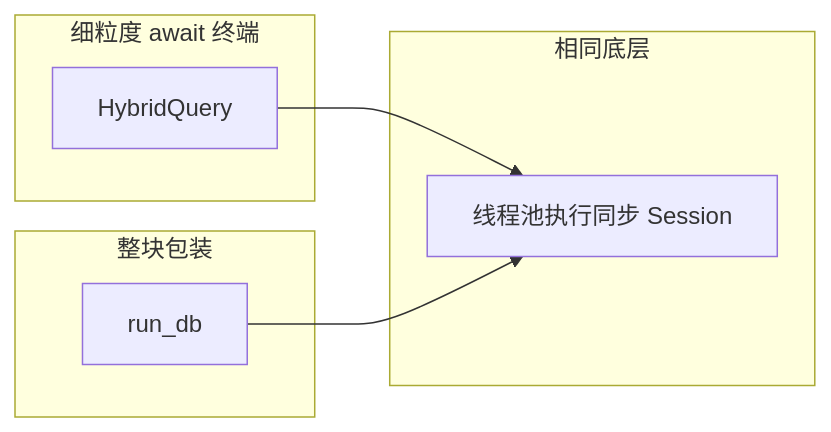
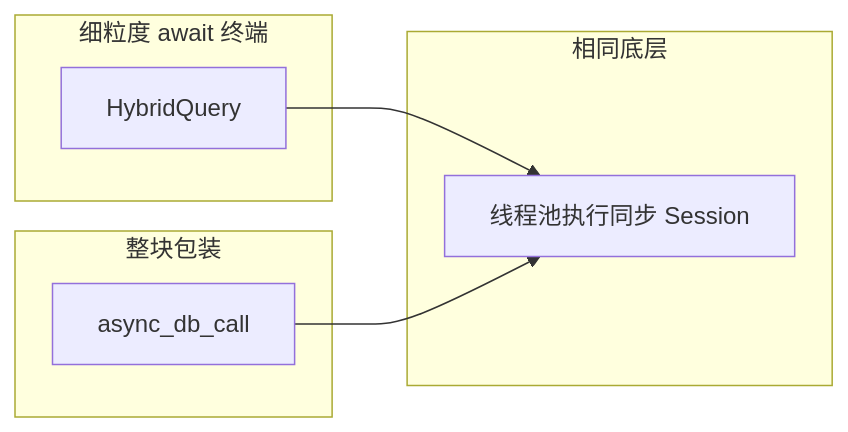
The sixth of 8 diagrams in yweb-core/docs/orm_docs/22_hybrid_query_sync_async_refactor.md (yafo-ai/yweb-core), drawn with Mermaid before and after one commit. The commit also changed other lines of this file and 11 other files, not shown here.

First line of the commit message:
docs: 全局同步 run_db → async_db_call 改名到文档与规则/技能

````diff
--- a/yweb-core/docs/orm_docs/22_hybrid_query_sync_async_refactor.md
+++ b/yweb-core/docs/orm_docs/22_hybrid_query_sync_async_refactor.md
@@ -155,14 +161,14 @@
 ```mermaid
 flowchart LR
     subgraph granular [细粒度 await 终端]
         HQ[HybridQuery]
     end
     subgraph block [整块包装]
-        RD[run_db]
+        RD[async_db_call]
     end
     subgraph same [相同底层]
         TP[线程池执行同步 Session]
     end
     HQ --> TP
     RD --> TP
 ```
````
